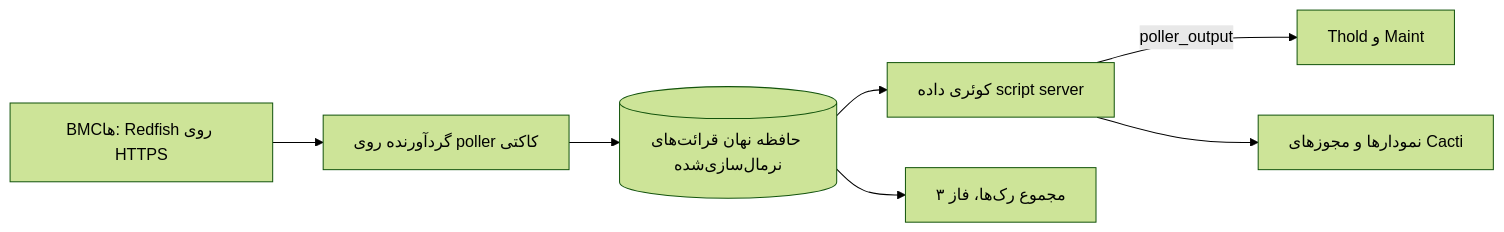
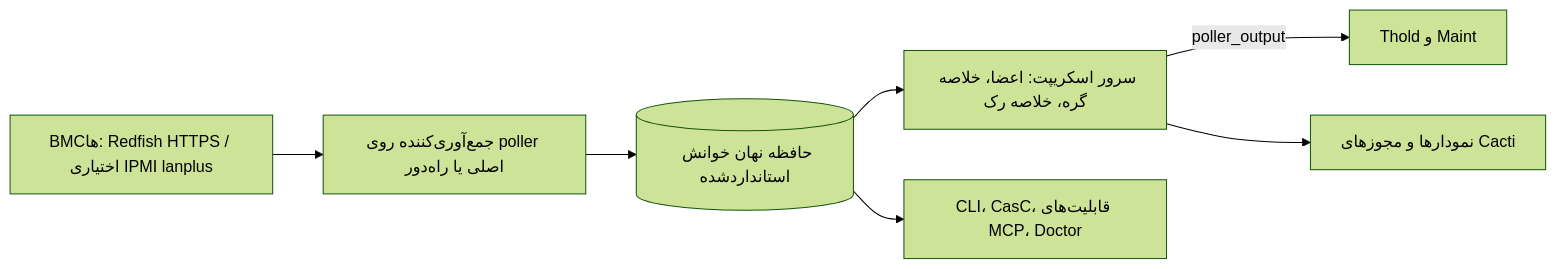
The diagram in docs/i18n/fa-IR/README.md (somethingwithproof/plugin_redfish), drawn with Mermaid (forest theme) before and after one commit. The commit also changed other lines of this file and 47 other files, not shown here.

````diff
--- a/docs/i18n/fa-IR/README.md
+++ b/docs/i18n/fa-IR/README.md
@@ -92,9 +140,9 @@
 ```mermaid
 flowchart LR
-    BMC["BMCها: Redfish روی HTTPS"] --> C["گردآورنده روی poller کاکتی"]
-    C --> CACHE[("حافظه نهان قرائت‌های نرمال‌سازی‌شده")]
-    CACHE --> SS["کوئری داده script server"]
+    BMC["BMCها: Redfish HTTPS / اختیاری IPMI lanplus"] --> C["جمع‌آوری‌کننده روی poller اصلی یا راه‌دور"]
+    C --> CACHE[("حافظه نهان خوانش استانداردشده")]
+    CACHE --> SS["سرور اسکریپت: اعضا، خلاصه گره، خلاصه رک"]
     SS -->|poller_output| T["Thold و Maint"]
     SS --> G["نمودارها و مجوزهای Cacti"]
-    CACHE --> R["مجموع رک‌ها، فاز ۳"]
+    CACHE --> ECO["CLI، CasC، قابلیت‌های MCP، Doctor"]
 ```
````
